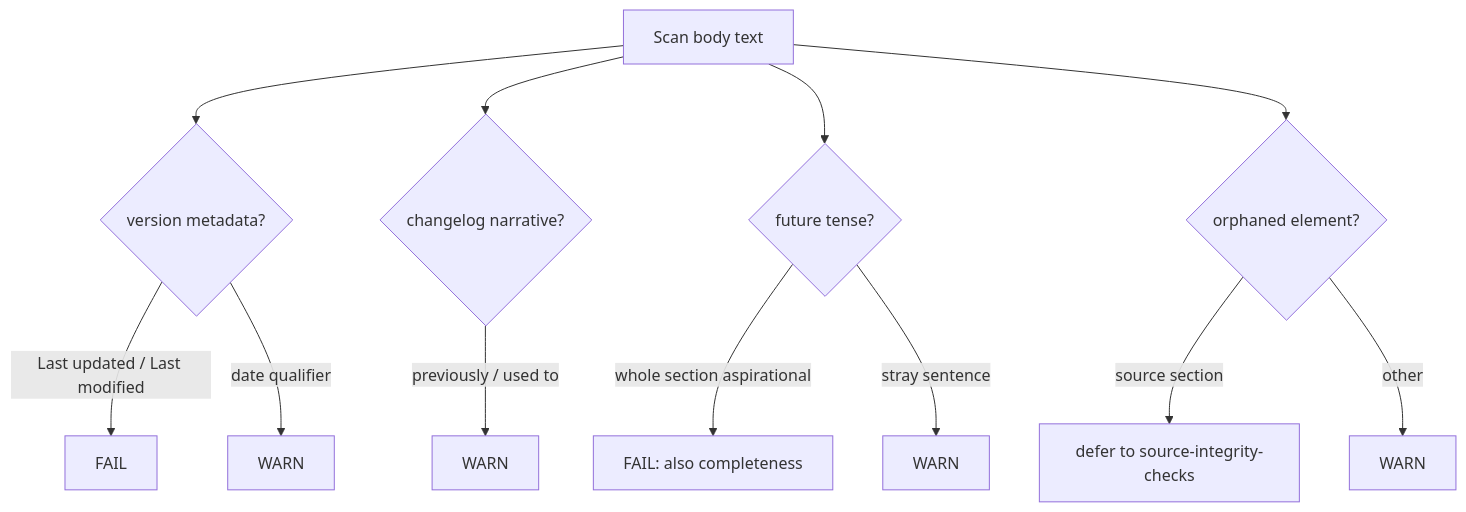
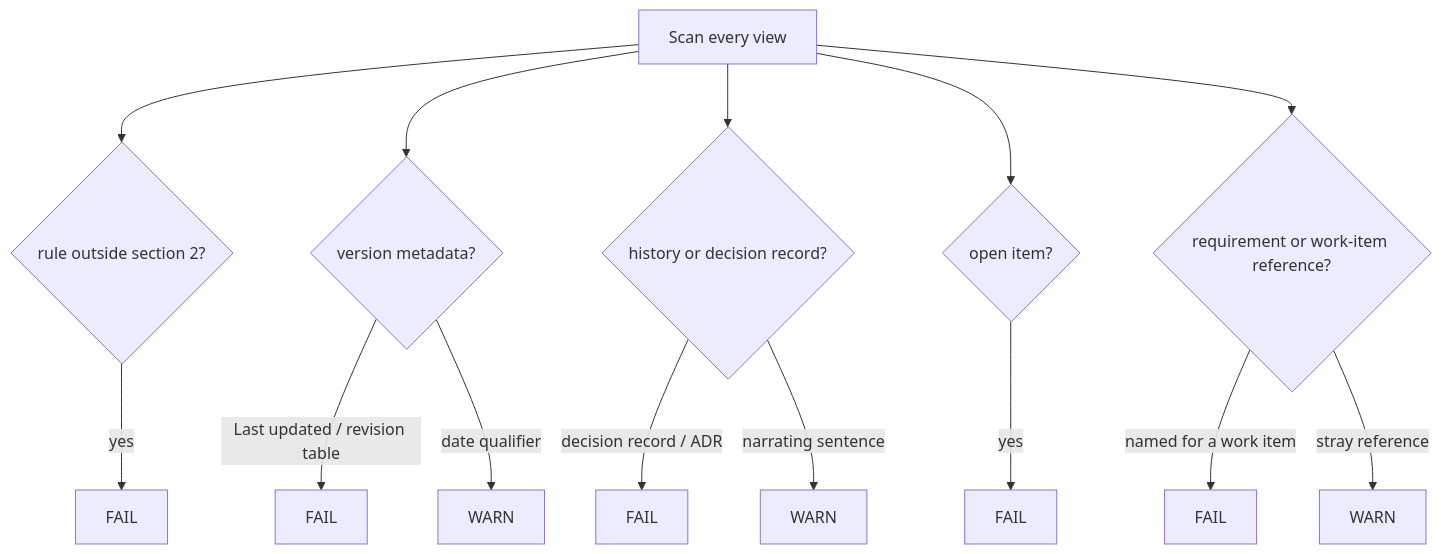
The diagram in plugins/agent-teams-workforce/skills/arc42-verify/references/living-doc-antipatterns.md (mark-satterfield/toolset), drawn with Mermaid before and after one commit. The commit also changed other lines of this file and 29 other files, not shown here.

First line of the commit message:
feat(agent-teams-workforce): rewrite the arc42 skills to the architecture documentation model

````diff
--- a/plugins/agent-teams-workforce/skills/arc42-verify/references/living-doc-antipatterns.md
+++ b/plugins/agent-teams-workforce/skills/arc42-verify/references/living-doc-antipatterns.md
@@ -98,14 +80,16 @@
 ```mermaid
 flowchart TD
-  scan[Scan body text] --> meta{version metadata?}
-  meta -->|"Last updated / Last modified"| failA[FAIL]
-  meta -->|date qualifier| warnA[WARN]
-  scan --> diary{changelog narrative?}
-  diary -->|"previously / used to"| warnB[WARN]
-  scan --> future{future tense?}
-  future -->|whole section aspirational| failB[FAIL: also completeness]
-  future -->|stray sentence| warnC[WARN]
-  scan --> orphan{orphaned element?}
-  orphan -->|source section| handoff[defer to source-integrity-checks]
-  orphan -->|other| warnD[WARN]
+  scan[Scan every view] --> rule{rule outside section 2?}
+  rule -->|yes| failR[FAIL]
+  scan --> meta{version metadata?}
+  meta -->|"Last updated / revision table"| failM[FAIL]
+  meta -->|date qualifier| warnM[WARN]
+  scan --> hist{history or decision record?}
+  hist -->|decision record / ADR| failH[FAIL]
+  hist -->|narrating sentence| warnH[WARN]
+  scan --> open{open item?}
+  open -->|yes| failO[FAIL]
+  scan --> req{requirement or work-item reference?}
+  req -->|named for a work item| failQ[FAIL]
+  req -->|stray reference| warnQ[WARN]
 ```
````
